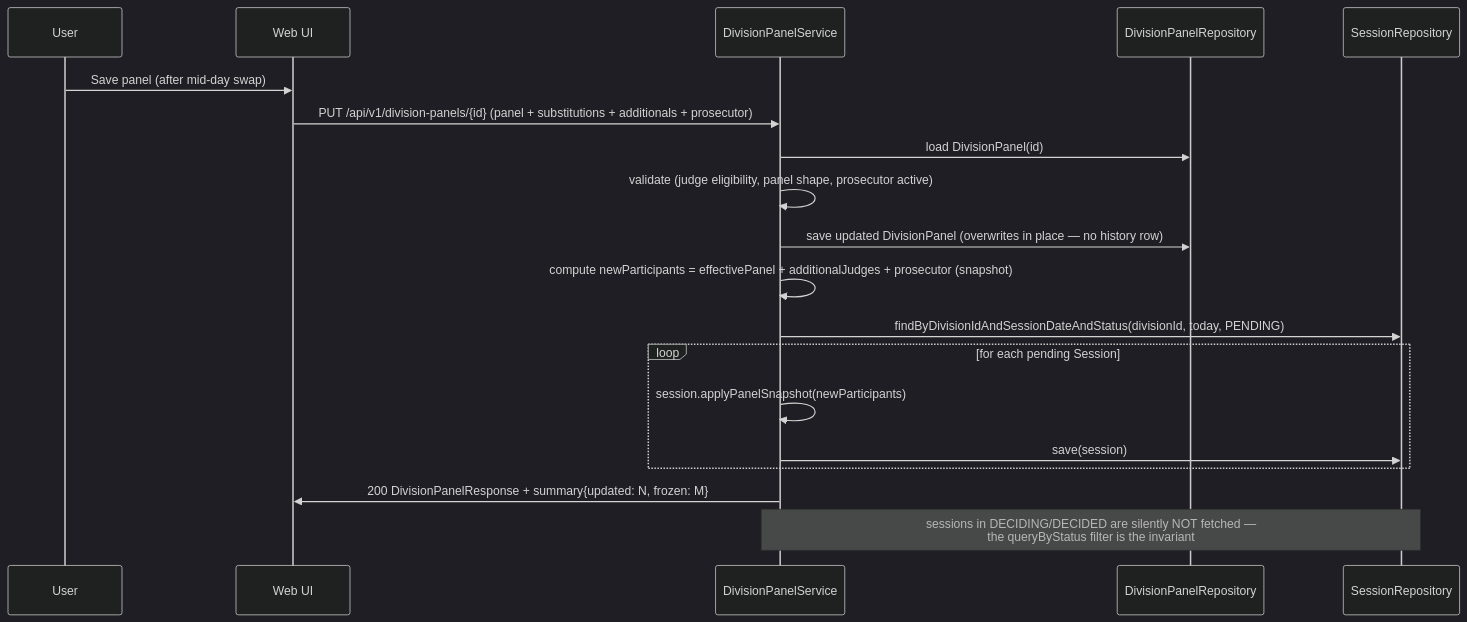
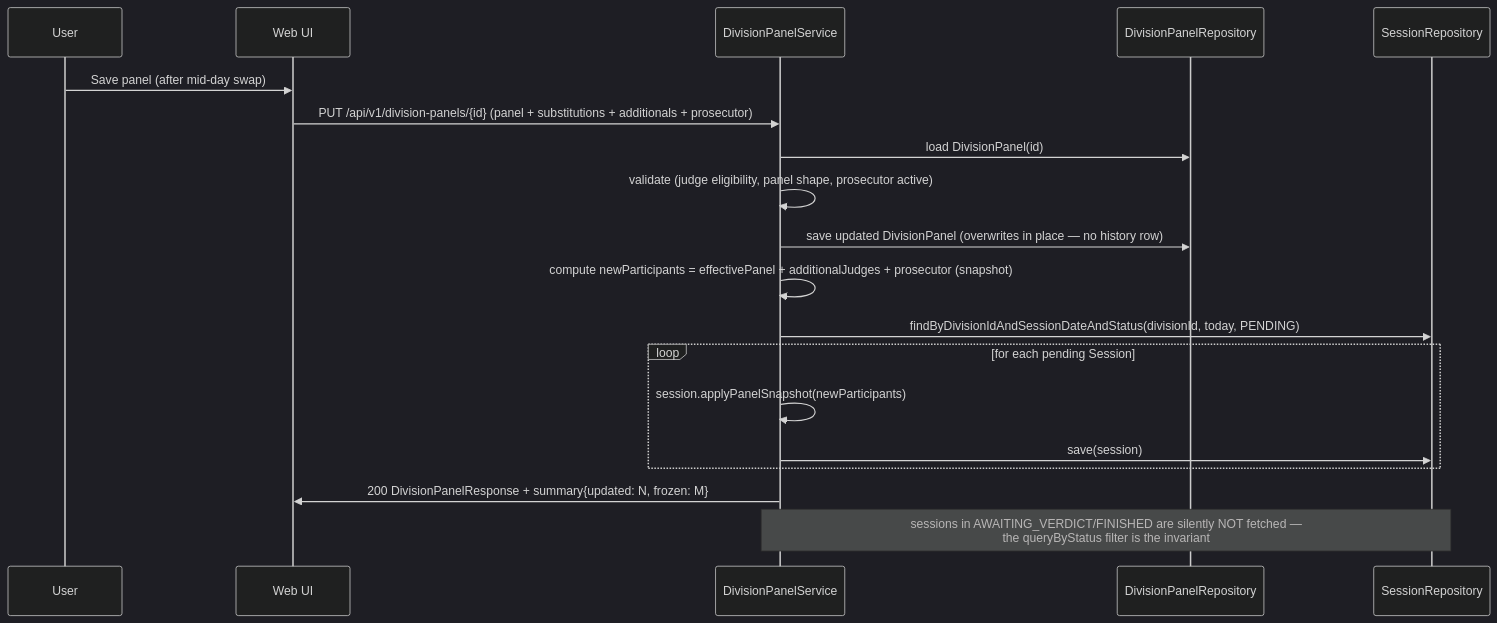
Before and after one commit to Abdelrahman-Shahda/apexyard: the second of 2 diagrams in projects/Moj/architecture/M1-day-panel-design.md, drawn with Mermaid (dark theme). The commit also changed other lines of this file and 11 other files, not shown here.

````diff
--- a/projects/Moj/architecture/M1-day-panel-design.md
+++ b/projects/Moj/architecture/M1-day-panel-design.md
@@ -364,22 +364,22 @@
 ```mermaid
 sequenceDiagram
   participant U as User
   participant UI as Web UI
   participant DPS as DivisionPanelService
   participant DPR as DivisionPanelRepository
   participant SR as SessionRepository
 
   U->>UI: Save panel (after mid-day swap)
   UI->>DPS: PUT /api/v1/division-panels/{id} (panel + substitutions + additionals + prosecutor)
   DPS->>DPR: load DivisionPanel(id)
   DPS->>DPS: validate (judge eligibility, panel shape, prosecutor active)
   DPS->>DPR: save updated DivisionPanel (overwrites in place — no history row)
   DPS->>DPS: compute newParticipants = effectivePanel + additionalJudges + prosecutor (snapshot)
   DPS->>SR: findByDivisionIdAndSessionDateAndStatus(divisionId, today, PENDING)
   loop for each pending Session
     DPS->>DPS: session.applyPanelSnapshot(newParticipants)
     DPS->>SR: save(session)
   end
   DPS->>UI: 200 DivisionPanelResponse + summary{updated: N, frozen: M}
-  Note over DPS,SR: sessions in DECIDING/DECIDED are silently NOT fetched —<br/>the queryByStatus filter is the invariant
+  Note over DPS,SR: sessions in AWAITING_VERDICT/FINISHED are silently NOT fetched —<br/>the queryByStatus filter is the invariant
 ```
````
